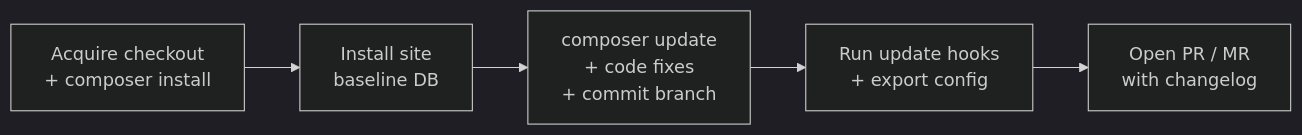
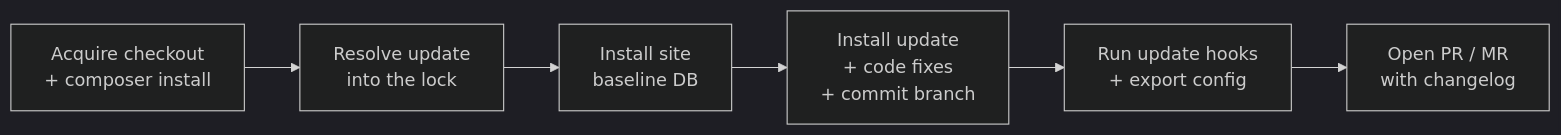
The diagram in docs/explanation/how-a-run-works.md (drupdater/drupdater), drawn with Mermaid (dark theme) before and after one commit. The commit also changed other lines of this file and 17 other files, not shown here.

First line of the commit message:
Resolve the update before installing any site (#232)

````diff
--- a/docs/explanation/how-a-run-works.md
+++ b/docs/explanation/how-a-run-works.md
@@ -7,7 +7,8 @@
 ```mermaid
 flowchart LR
-    A[Acquire checkout<br/>+ composer install] --> B[Install site<br/>baseline DB]
-    B --> C[composer update<br/>+ code fixes<br/>+ commit branch]
+    A[Acquire checkout<br/>+ composer install] --> R[Resolve update<br/>into the lock]
+    R --> B[Install site<br/>baseline DB]
+    B --> C[Install update<br/>+ code fixes<br/>+ commit branch]
     C --> D[Run update hooks<br/>+ export config]
     D --> E[Open PR / MR<br/>with changelog]
 ```
````
